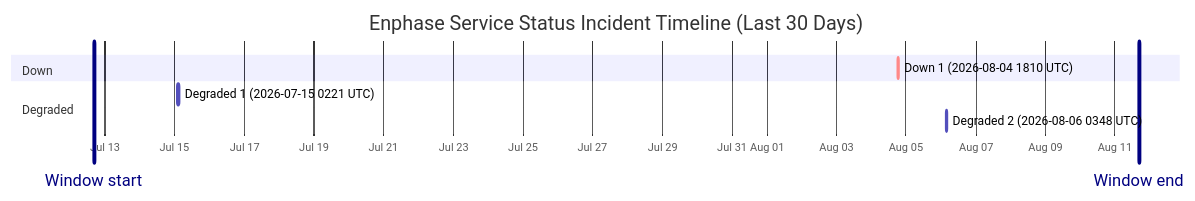
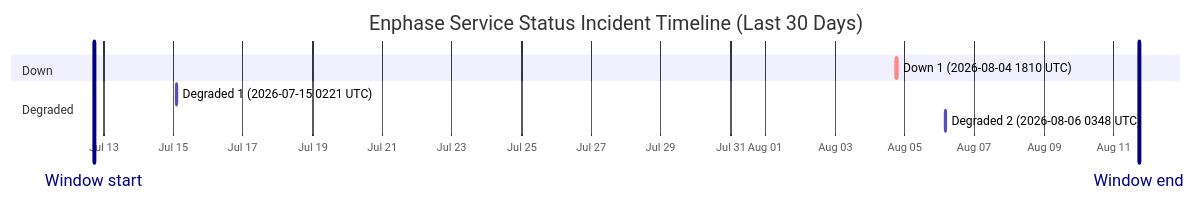
One commit to barneyonline/ha-enphase-energy changed the diagram in wiki/Service-Status-History.md. Above: the diagram before and after it, drawn with Mermaid. The commit also changed other lines of this file and 3 other files, not shown here.

````diff
--- a/wiki/Service-Status-History.md
+++ b/wiki/Service-Status-History.md
@@ -14,13 +14,13 @@
 ```mermaid
 gantt
     title Enphase Service Status Incident Timeline (Last 30 Days)
     dateFormat  YYYY-MM-DDTHH:mm:ss
     axisFormat  %b %d
-    Window start :vert, window-start, 2026-07-12T16:25:44, 0ms
-    Window end :vert, window-end, 2026-08-11T16:25:44, 0ms
+    Window start :vert, window-start, 2026-07-12T17:26:22, 0ms
+    Window end :vert, window-end, 2026-08-11T17:26:22, 0ms
     section Down
     Down 1 (2026-08-04 1810 UTC) :crit, down-1, 2026-08-04T18:10:46, 60m
     section Degraded
     Degraded 1 (2026-07-15 0221 UTC) :active, degraded-1, 2026-07-15T02:21:35, 60m
     Degraded 2 (2026-08-06 0348 UTC) :active, degraded-2, 2026-08-06T03:48:14, 60m
 ```
````
